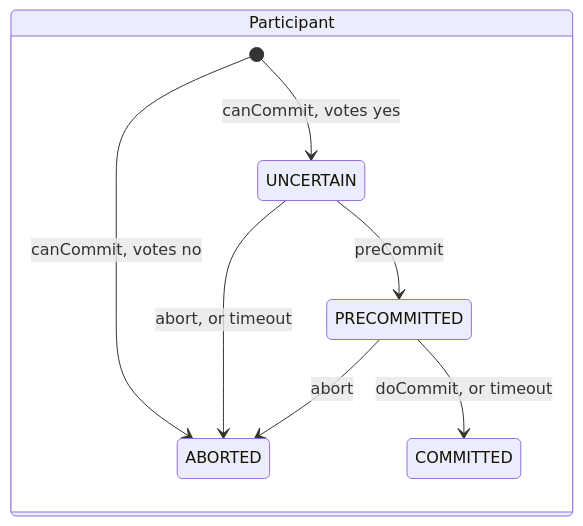
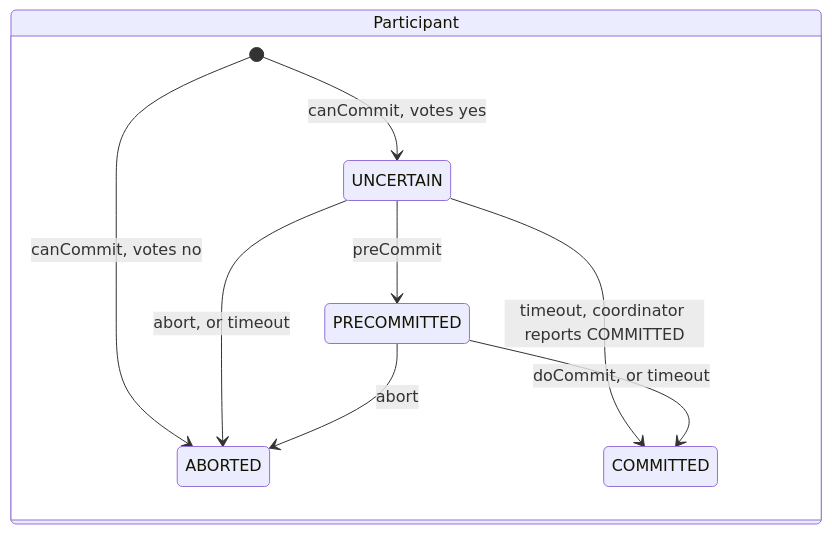
Before and after one commit to Cloud-Lab-Assignment/Cloud-Security-Ingester: the second of 3 diagrams in docs/design/core-services.md, drawn with Mermaid. The commit also changed other lines of this file and 1 other file, not shown here.

````diff
--- a/docs/design/core-services.md
+++ b/docs/design/core-services.md
@@ -101,12 +101,13 @@
 ```mermaid
 stateDiagram-v2
   direction LR
   state "Participant" as P {
     [*] --> UNCERTAIN: canCommit, votes yes
     [*] --> ABORTED: canCommit, votes no
     UNCERTAIN --> PRECOMMITTED: preCommit
     UNCERTAIN --> ABORTED: abort, or timeout
+    UNCERTAIN --> COMMITTED: timeout, coordinator reports COMMITTED
     PRECOMMITTED --> COMMITTED: doCommit, or timeout
     PRECOMMITTED --> ABORTED: abort
   }
 ```
````
